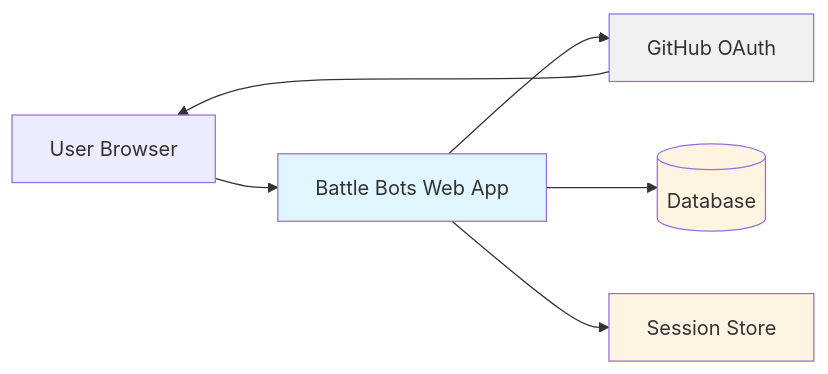
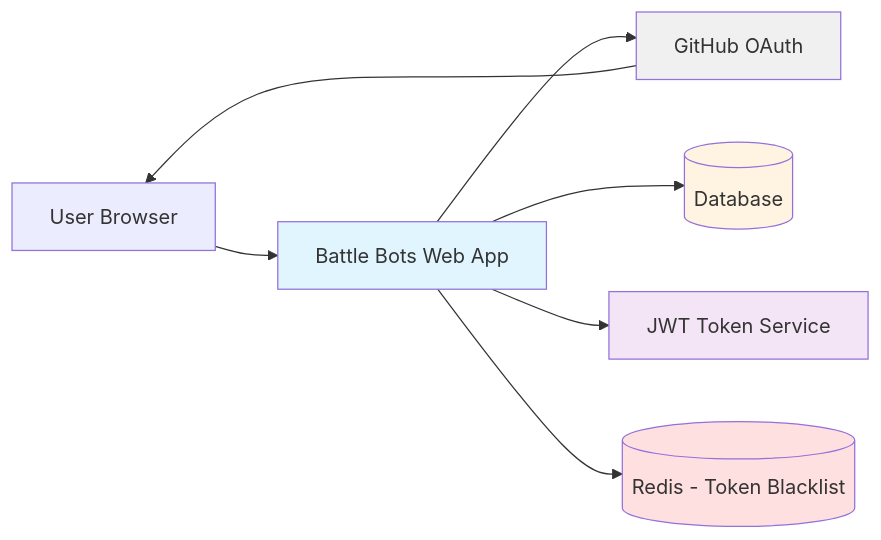
The first of 11 diagrams in docs/content/r&d/adrs/0002-user-registration-via-github-oauth.md (z5labs/battlebots), drawn with Mermaid before and after one commit. The commit also changed other lines of this file and 3 other files, not shown here.

````diff
--- a/docs/content/r&d/adrs/0002-user-registration-via-github-oauth.md
+++ b/docs/content/r&d/adrs/0002-user-registration-via-github-oauth.md
@@ -81,13 +100,15 @@
 ```mermaid
 graph LR
     User[User Browser] --> WebApp[Battle Bots Web App]
     WebApp --> GitHub[GitHub OAuth]
     WebApp --> DB[(Database)]
-    WebApp --> Session[Session Store]
+    WebApp --> JWT[JWT Token Service]
+    WebApp --> Redis[(Redis - Token Blacklist)]
     GitHub --> User
 
     style WebApp fill:#e1f5ff
     style GitHub fill:#f0f0f0
     style DB fill:#fff4e1
-    style Session fill:#fff4e1
+    style JWT fill:#f3e5f5
+    style Redis fill:#ffe0e0
 ```
````
